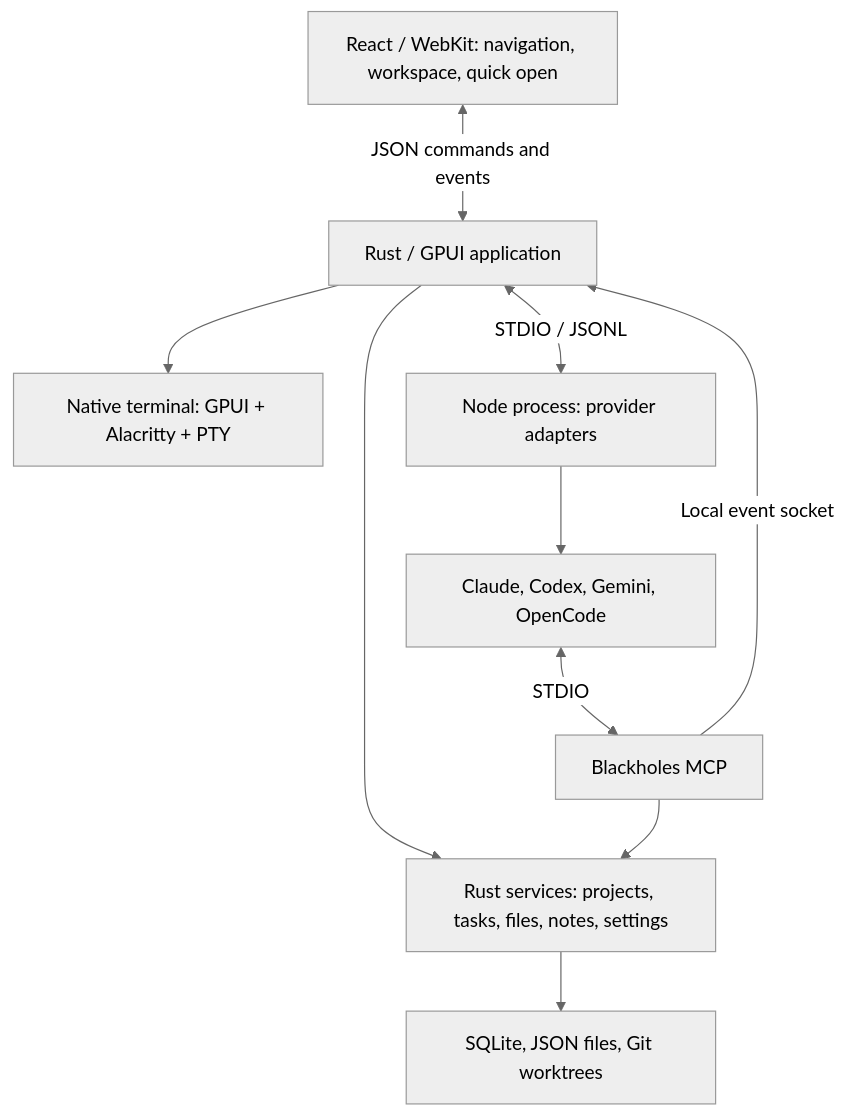
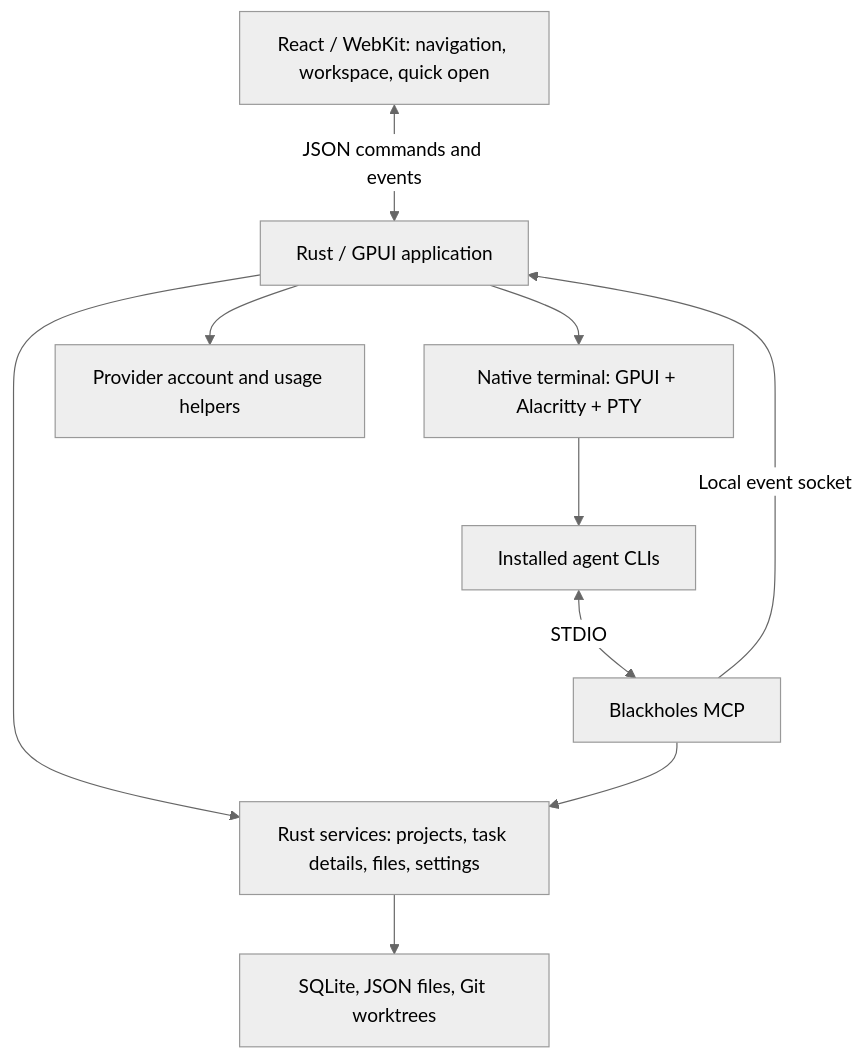
Before and after one commit to andygeek/blackholes: the diagram in README.md, drawn with Mermaid (neutral theme). The commit also changed other lines of this file and 84 other files, not shown here.

First line of the commit message:
feat: focus Blackholes on terminal agent sessions

````diff
--- a/README.md
+++ b/README.md
@@ -240,12 +293,12 @@
 ```mermaid
 flowchart TD
     UI["React / WebKit: navigation, workspace, quick open"] <-->|JSON commands and events| App["Rust / GPUI application"]
-    App --> Services["Rust services: projects, tasks, files, notes, settings"]
+    App --> Services["Rust services: projects, task details, files, settings"]
     Services --> Data["SQLite, JSON files, Git worktrees"]
     App --> Terminal["Native terminal: GPUI + Alacritty + PTY"]
-    App <-->|STDIO / JSONL| Node["Node process: provider adapters"]
-    Node --> Providers["Claude, Codex, Gemini, OpenCode"]
+    Terminal --> Providers["Installed agent CLIs"]
+    App --> Usage["Provider account and usage helpers"]
     Providers <-->|STDIO| MCP["Blackholes MCP"]
     MCP --> Services
     MCP -->|Local event socket| App
 ```
````
